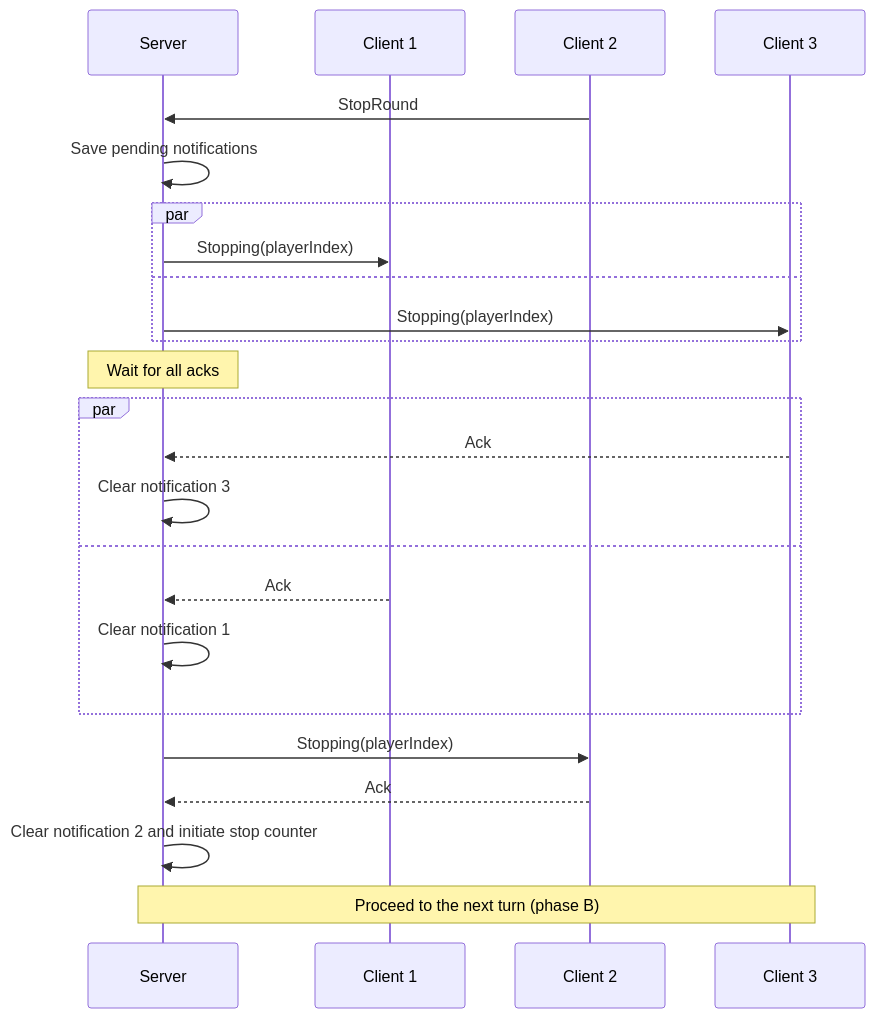
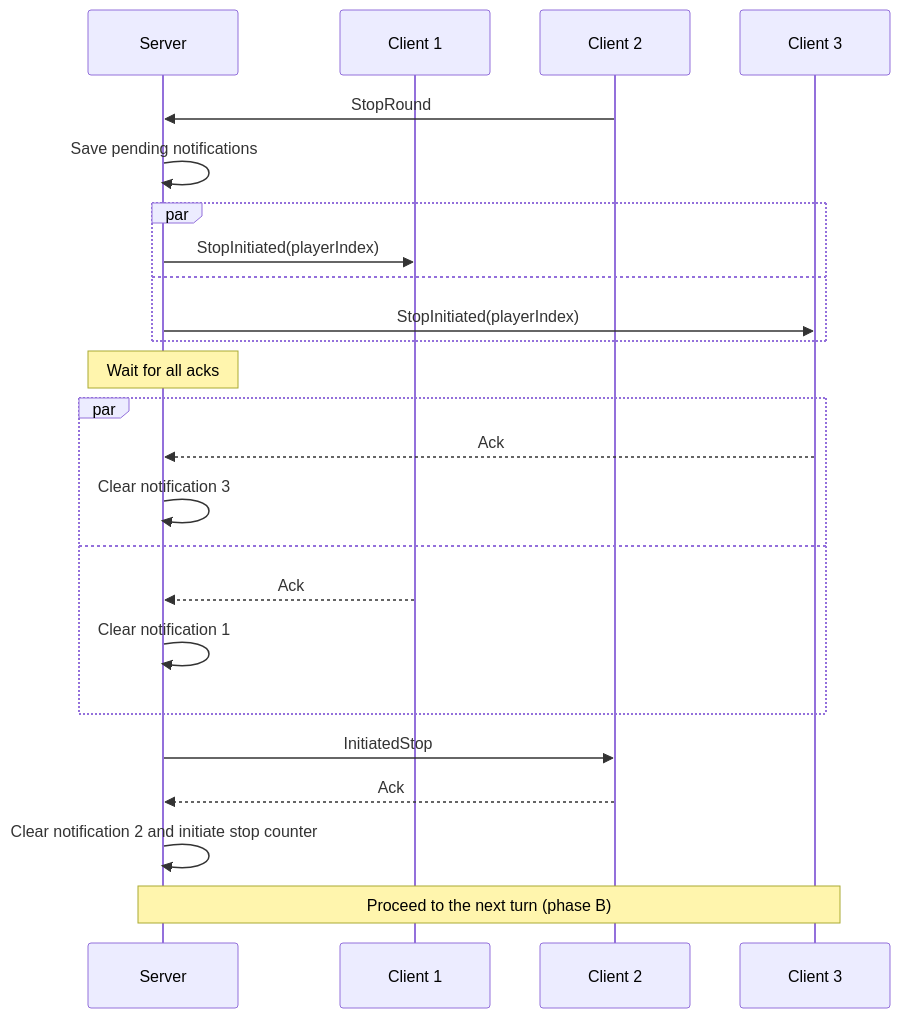
Before and after one commit to roman-zubarevich/another: the eighth of 15 diagrams in README.md, drawn with Mermaid. The commit also changed other lines of this file, not shown here.

````diff
--- a/README.md
+++ b/README.md
@@ -220,26 +220,26 @@
 ```mermaid
 sequenceDiagram
     participant S as Server
     participant C1 as Client 1
     participant C2 as Client 2
     participant C3 as Client 3
     C2->>S: StopRound
     S->>S: Save pending notifications
     par
-        S->>C1: Stopping(playerIndex)
+        S->>C1: StopInitiated(playerIndex)
     and
-        S->>C3: Stopping(playerIndex)
+        S->>C3: StopInitiated(playerIndex)
     end
     Note over S: Wait for all acks
     par
         C3-->>S: Ack
         S->>S: Clear notification 3
     and
         C1-->>S: Ack
         S->>S: Clear notification 1
     end
-    S->>C2: Stopping(playerIndex)
+    S->>C2: InitiatedStop
     C2-->>S: Ack
     S->>S: Clear notification 2 and initiate stop counter
     Note over S,C3: Proceed to the next turn (phase B)
 ```
````
